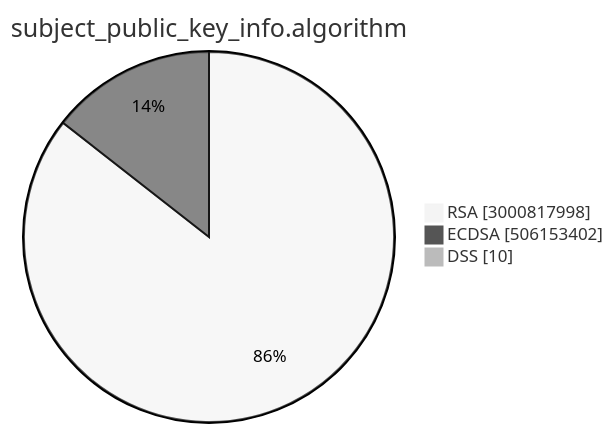
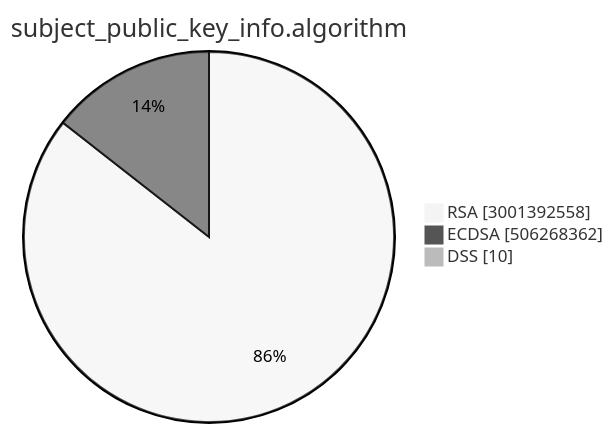
One commit to christiankrug/ctmonitor_visualization changed the second of 15 diagrams in TOTAL/README.md. Above: the diagram before and after it, drawn with Mermaid (neutral theme). The commit also changed other lines of this file, not shown here.

````diff
--- a/TOTAL/README.md
+++ b/TOTAL/README.md
@@ -6,7 +6,7 @@
 ```mermaid
 pie showData
 title subject_public_key_info.algorithm
-"RSA" :3000817998
-"ECDSA" :506153402
+"RSA" :3001392558
+"ECDSA" :506268362
 "DSS" :10
 ```
````
